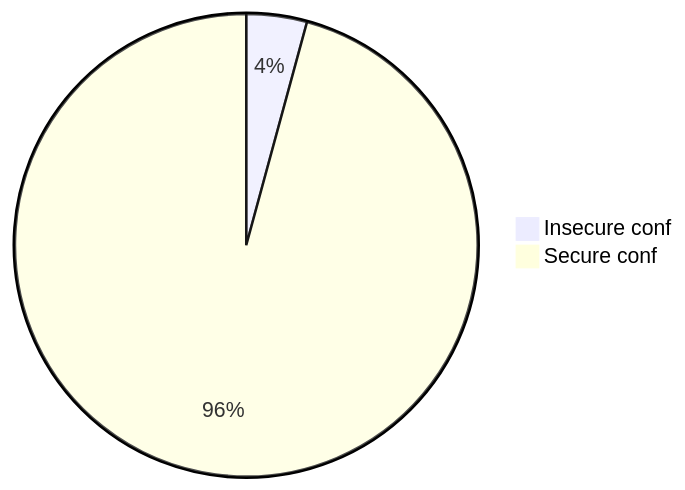
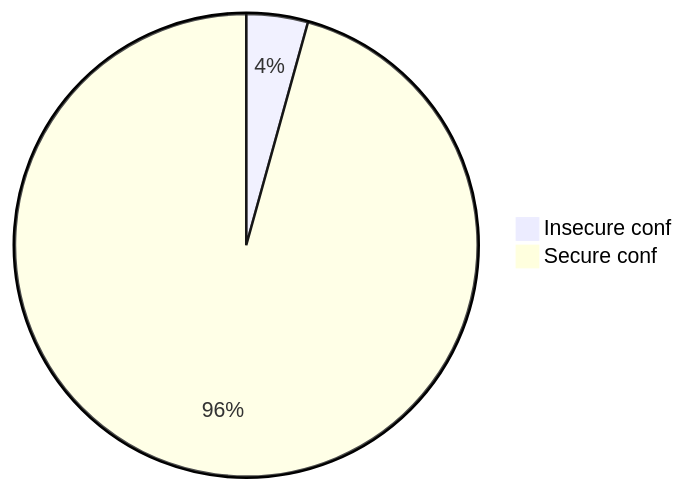
One commit to oshp/oshp-stats changed diagram 20 of 22 in stats.md. Above: the diagram before and after it, drawn with Mermaid. The commit also changed other lines of this file, not shown here.

````diff
--- a/stats.md
+++ b/stats.md
@@ -240,6 +240,6 @@
 ```mermaid
 pie
-	"Insecure conf" : 4.23
-	"Secure conf" : 95.77
+	"Insecure conf" : 4.3
+	"Secure conf" : 95.7
 
 ```
````
